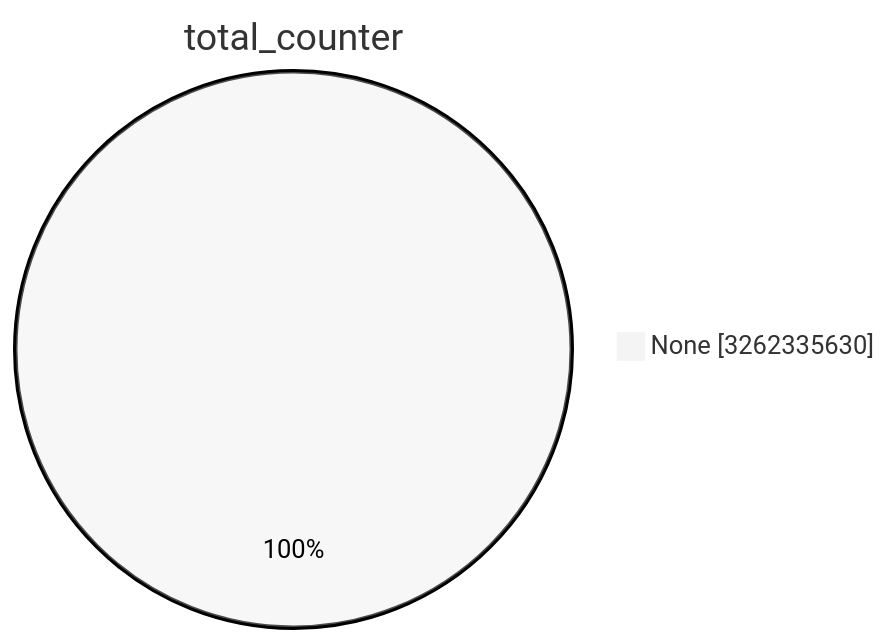
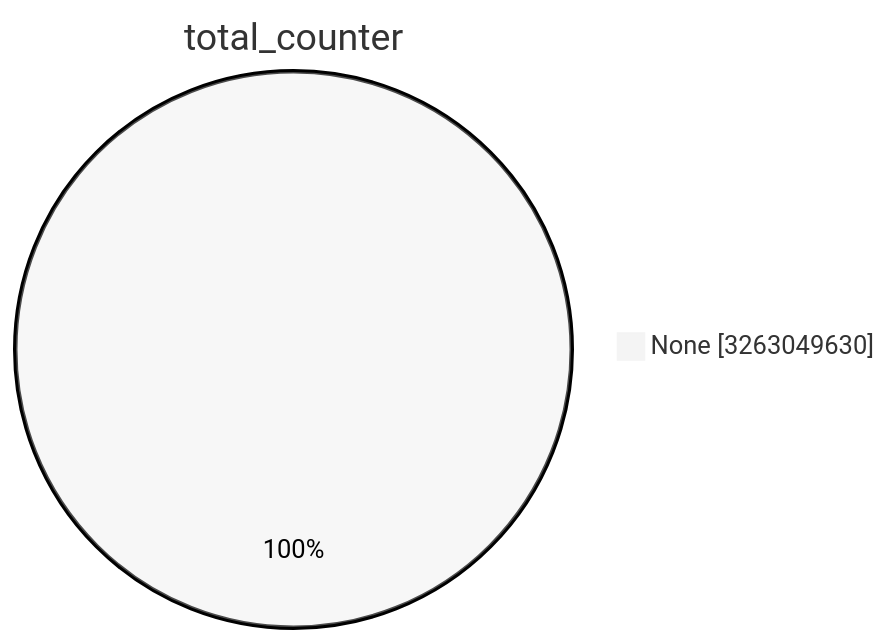
The first of 15 diagrams in TOTAL/README.md (christiankrug/ctmonitor_visualization), drawn with Mermaid (neutral theme) before and after one commit. The commit also changed other lines of this file, not shown here.

````diff
--- a/TOTAL/README.md
+++ b/TOTAL/README.md
@@ -1,5 +1,5 @@
 ```mermaid
 pie showData
 title total_counter
-"None" :3262335630
+"None" :3263049630
 ```
````
